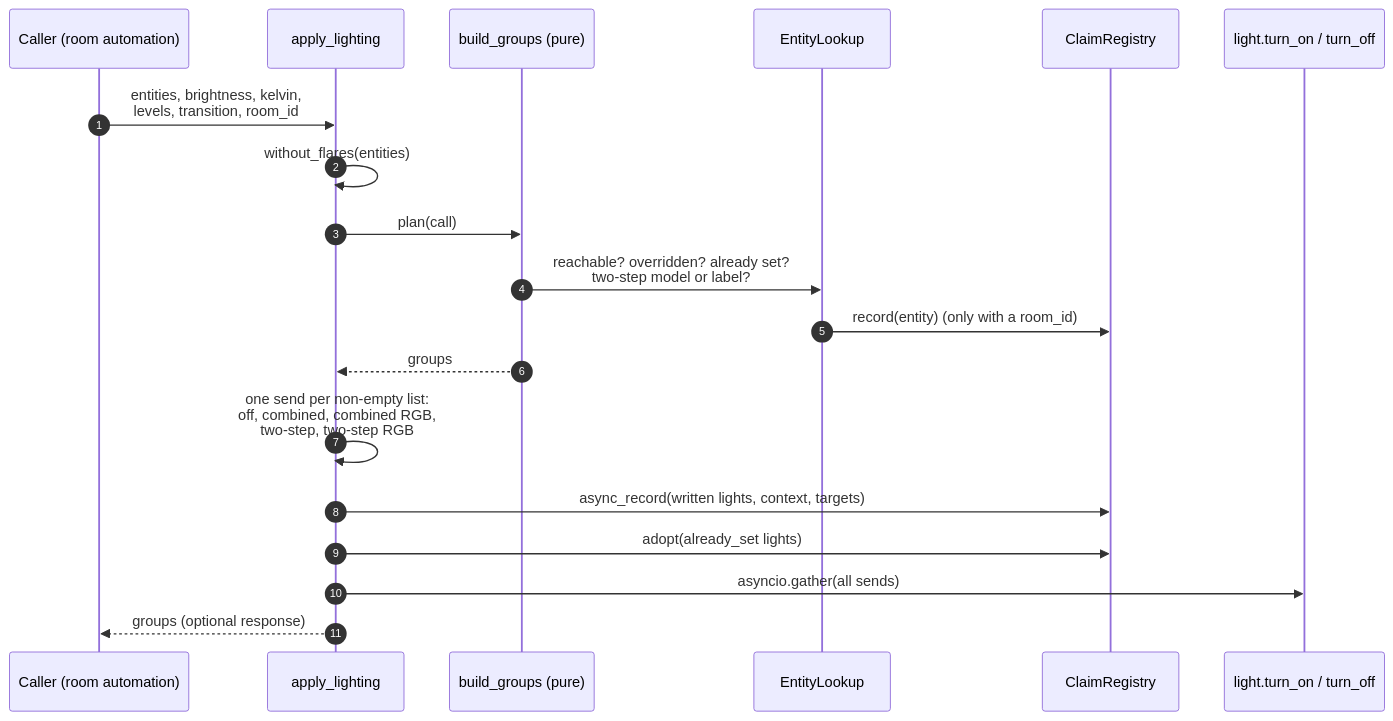
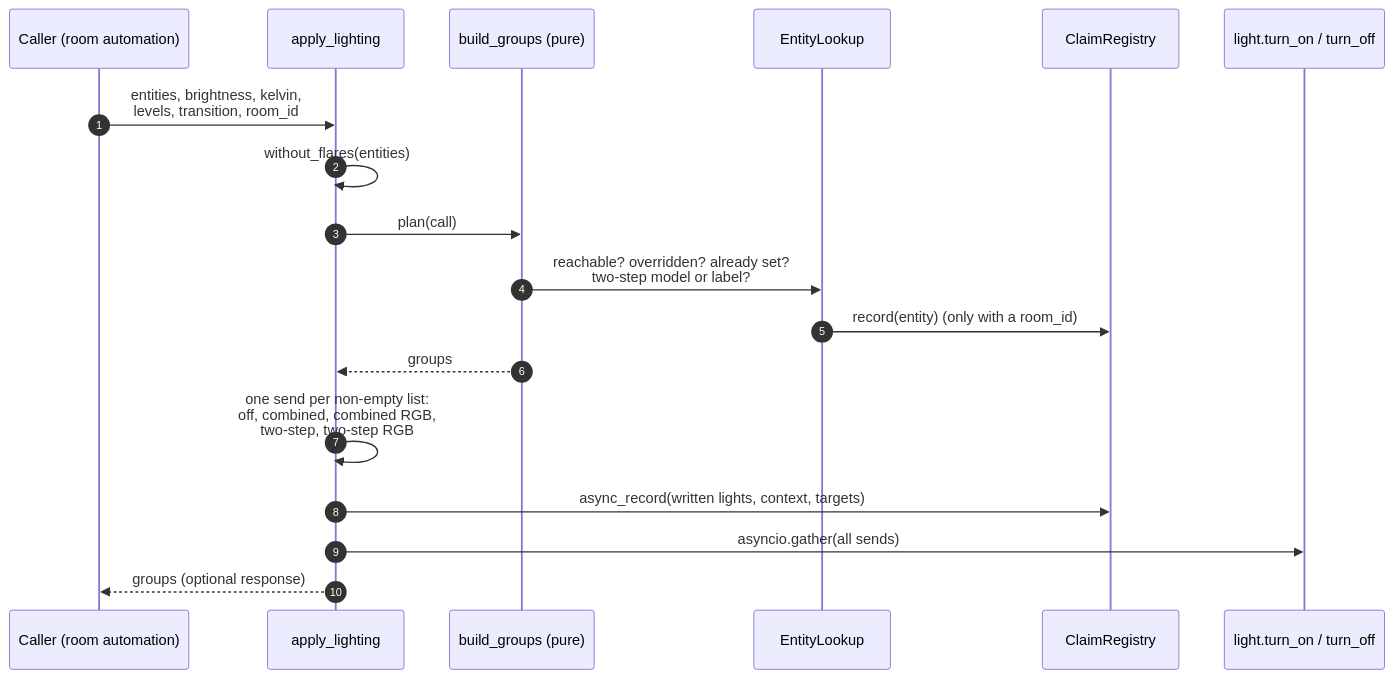
Before and after one commit to danrspencer/flare: the first of 3 diagrams in docs/architecture/services.md, drawn with Mermaid. The commit also changed other lines of this file and 17 other files, not shown here.

````diff
--- a/docs/architecture/services.md
+++ b/docs/architecture/services.md
@@ -44,21 +44,20 @@
 ```mermaid
 sequenceDiagram
     autonumber
     participant C as Caller (room automation)
     participant H as apply_lighting
     participant G as build_groups (pure)
     participant L as EntityLookup
     participant R as ClaimRegistry
     participant B as light.turn_on / turn_off
     C->>H: entities, brightness, kelvin,<br/>levels, transition, room_id
     H->>H: without_flares(entities)
     H->>G: plan(call)
     G->>L: reachable? overridden? already set?<br/>two-step model or label?
     L->>R: record(entity) (only with a room_id)
     G-->>H: groups
     H->>H: one send per non-empty list:<br/>off, combined, combined RGB,<br/>two-step, two-step RGB
     H->>R: async_record(written lights, context, targets)
-    H->>R: adopt(already_set lights)
     H->>B: asyncio.gather(all sends)
     H-->>C: groups (optional response)
 ```
````
